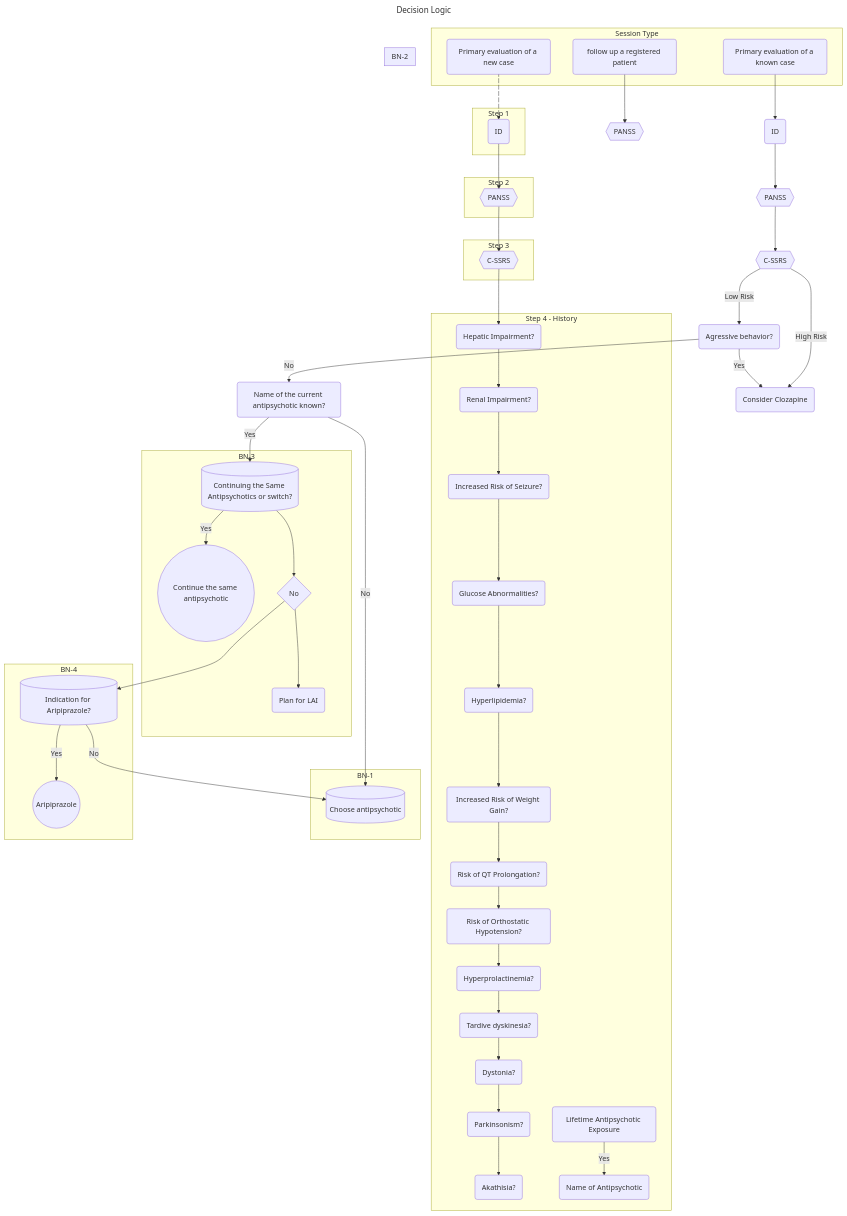
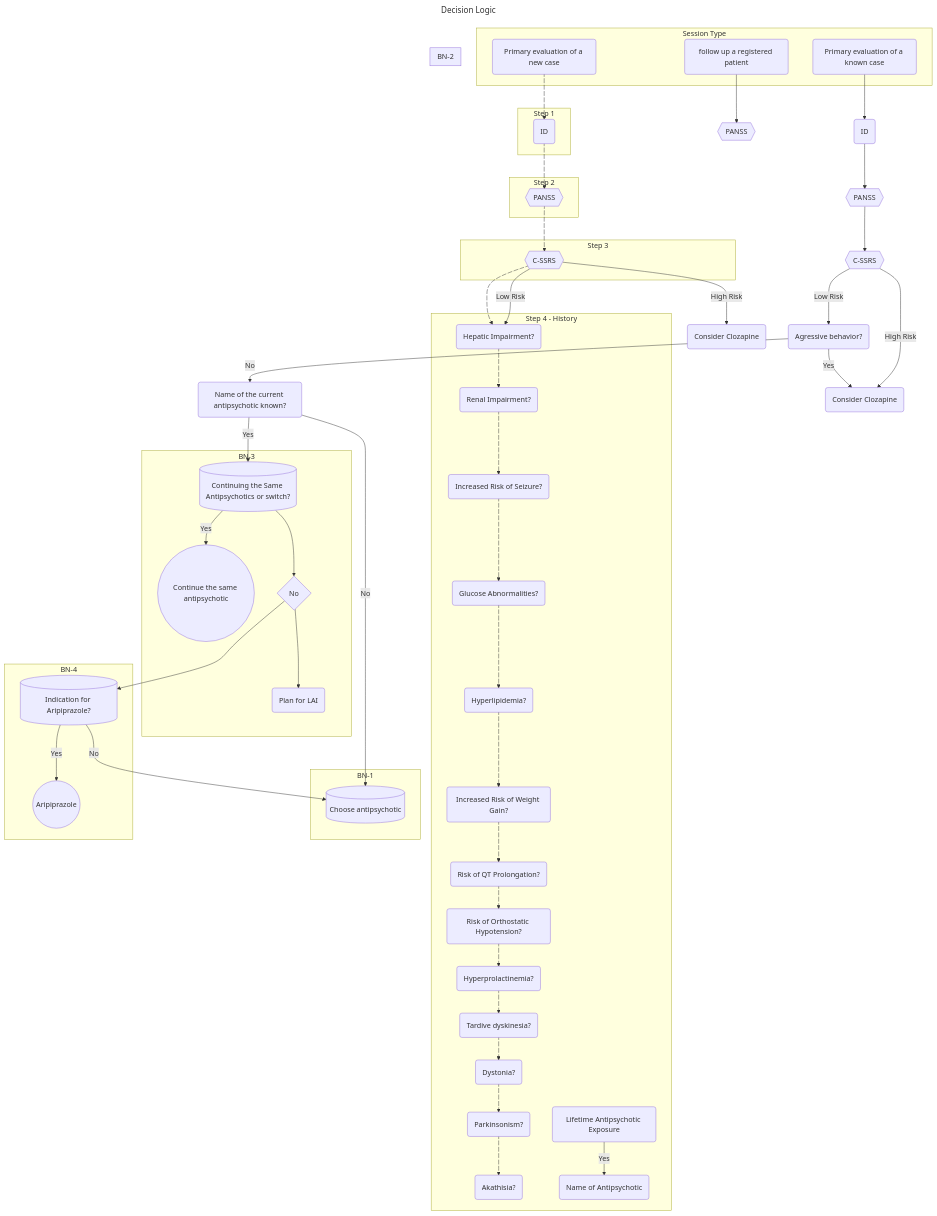
The diagram in project-documents/flowchart.mermaid (a-rastin/X), drawn with Mermaid before and after one commit.

Commit message:
Edit flowchart

```diff
--- a/project-documents/flowchart.mermaid
+++ b/project-documents/flowchart.mermaid
@@ -1,106 +1,122 @@
 ---
 title: Decision Logic
 ---
 flowchart TD
     subgraph Session Type
         A(Primary evaluation of a new case)
         B(Primary evaluation of a known case) 
         C(follow up a registered patient)                          
     end
 
     subgraph Step 4 - History
         History1(Hepatic Impairment?)
         History2(Renal Impairment?)
         History3(Increased Risk of Seizure?)
         History4(Glucose Abnormalities?)
         History5(Hyperlipidemia?)
         History6(Increased Risk of Weight Gain?)
         History7(Risk of QT Prolongation?)
         History8(Risk of Orthostatic Hypotension?)
         History9(Hyperprolactinemia?)
         History10(Tardive dyskinesia?)
         History11(Dystonia?)
         History12(Parkinsonism?)
         History13(Akathisia?)
         History20(Lifetime Antipsychotic Exposure)
         History21(Name of Antipsychotic)
     end
 
     subgraph BN-1
         D[(Choose antipsychotic)]
     end
 
     subgraph BN-2
     end
 
     subgraph BN-3
         E[(Continuing the Same Antipsychotics or switch?)]
         F((Continue the same antipsychotic))
         F1{No}
         F2(Plan for LAI)
     end
 
     subgraph BN-4
         G[(Indication for Aripiprazole?)]
         H((Aripiprazole))
     end
 
     subgraph Step 1
         A1(ID)
     end
     subgraph Step 2
         A2{{PANSS}}
     end
     subgraph Step 3
         A3{{C-SSRS}}
     end
+    A4(Consider Clozapine)
 
     A e1@--> A1
         e1@{ animation: slow }
-    A1 e1@--> A2
-        e1@{ animation: slow }
-    A2 e1@--> A3
-        e1@{ animation: slow }
-    A3 --> History1
-    History1 --> History2
-    History2 --> History3
-    History3 --> History4
-    History4 --> History5
-    History5 --> History6
-    History6 --> History7
-    History7 --> History8
-    History8 --> History9
-    History9 --> History10
-    History10 --> History11
-    History11 --> History12
-    History12 --> History13
+    A1 e2@--> A2
+        e2@{ animation: slow }
+    A2 e3@--> A3
+        e3@{ animation: slow }
+    A3 e4@--> History1
+        e4@{ animation: slow }
+    A3 --> |Low Risk| History1
+    A3 --> |High Risk| A4
+    History1 e5@--> History2
+        e5@{ animation: slow }
+    History2 e6@--> History3
+        e6@{ animation: slow }
+    History3 e7@--> History4
+        e7@{ animation: slow }
+    History4 e8@--> History5
+        e8@{ animation: slow }
+    History5 e9@--> History6
+        e9@{ animation: slow }
+    History6 e10@--> History7
+        e10@{ animation: slow }
+    History7 e11@--> History8
+        e11@{ animation: slow }
+    History8 e12@--> History9
+        e12@{ animation: slow }
+    History9 e13@--> History10
+        e13@{ animation: slow }
+    History10 e14@--> History11
+        e14@{ animation: slow }
+    History11 e15@--> History12
+        e15@{ animation: slow }
+    History12 e16@--> History13
+        e16@{ animation: slow }
     History20 --> |Yes| History21
                                                                                        
     B1(Name of the current antipsychotic known?)
     B2{{C-SSRS}}
     B3(Consider Clozapine)
     B4{{PANSS}}
     B5(Agressive behavior?)
     B6(ID)
     
 
     B --> B6
     B6 --> B4
     B4 --> B2
     B2 --> |Low Risk| B5
     B5 --> |No| B1
     B5 --> |Yes| B3
     B2 --> |High Risk| B3
     B1 --> |No| D
     B1 --> |Yes| E
     E --> |Yes| F
     E --> F1
     F1 --> G
     F1 --> F2
     G --> |Yes| H
     G --> |No| D
 
 
     C1{{PANSS}}
 
     C --> C1
```
